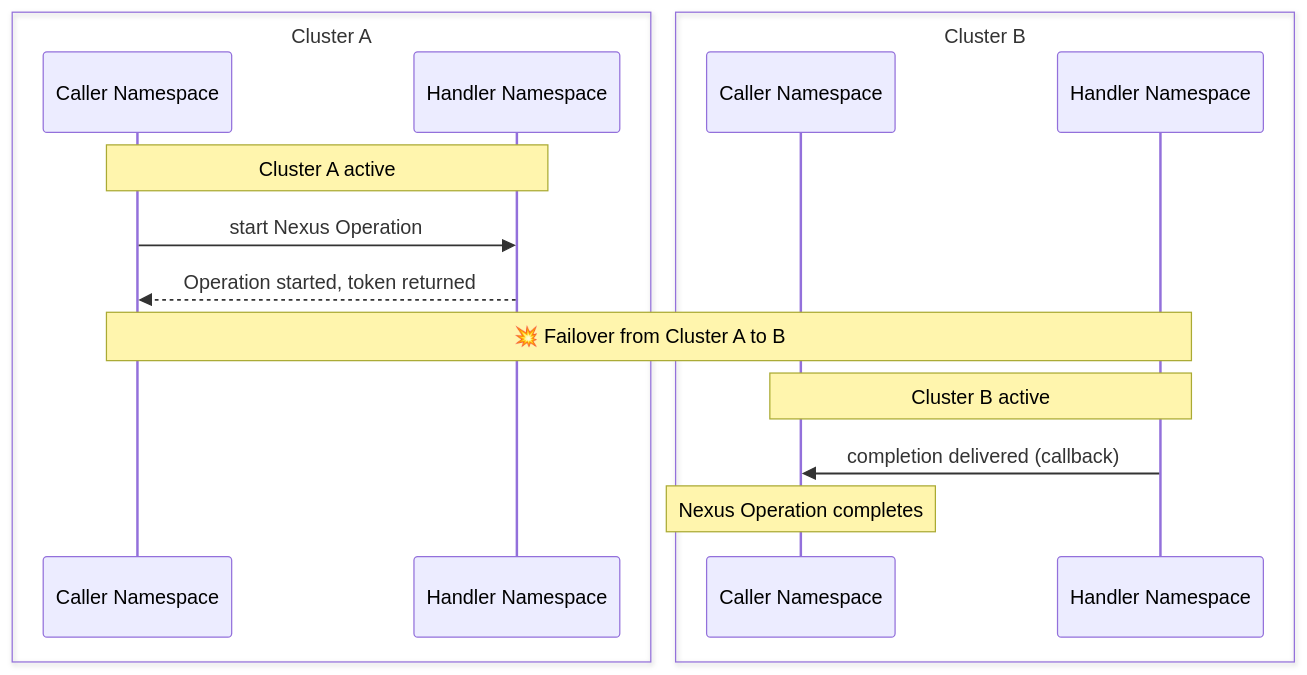
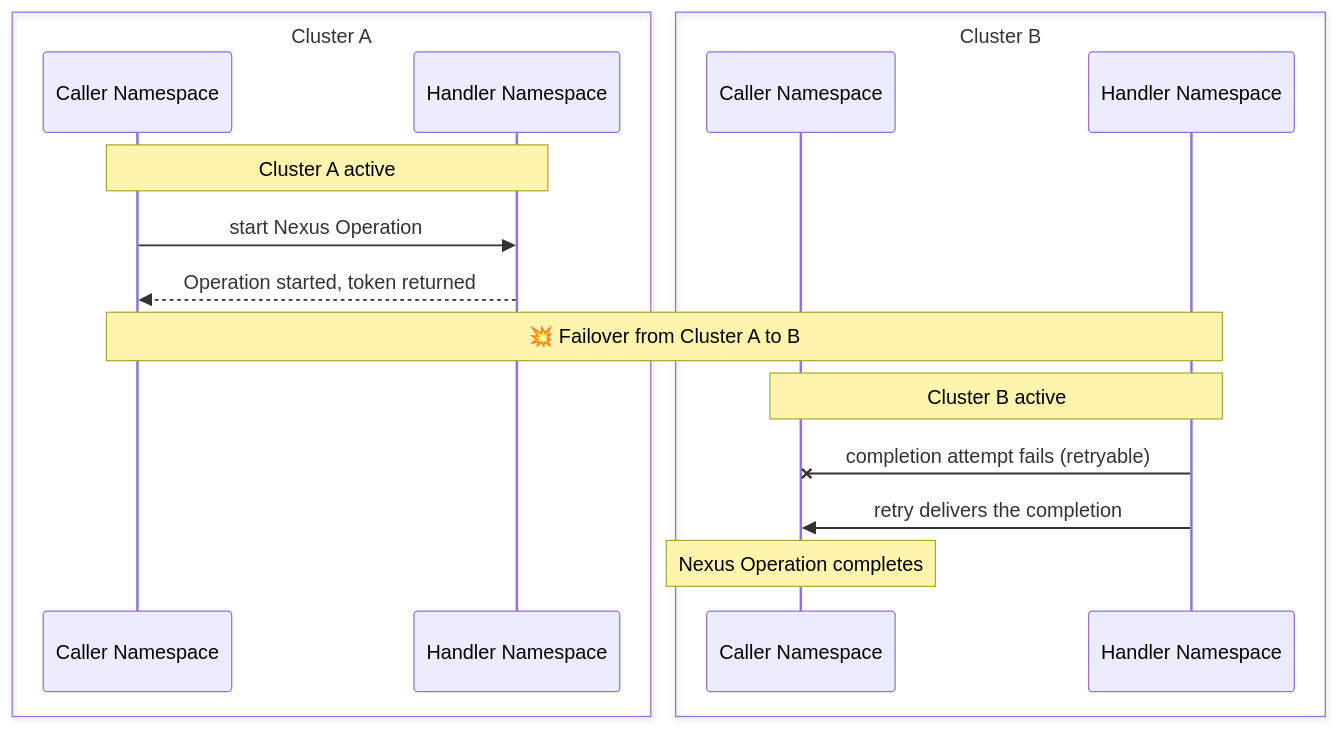
One commit to temporalio/documentation changed the diagram in docs/production-deployment/self-hosted-guide/temporal-nexus.mdx. Above: the diagram before and after it, drawn with Mermaid.

Commit message:
Show a failed callback attempt and retry in the diagram

````diff
--- a/docs/production-deployment/self-hosted-guide/temporal-nexus.mdx
+++ b/docs/production-deployment/self-hosted-guide/temporal-nexus.mdx
@@ -141,18 +141,19 @@
 ```mermaid
 sequenceDiagram
     box Cluster A
     participant caA as Caller Namespace
     participant haA as Handler Namespace
     end
     box Cluster B
     participant caB as Caller Namespace
     participant haB as Handler Namespace
     end
     Note over caA,haA: Cluster A active
     caA->>haA: start Nexus Operation
     haA-->>caA: Operation started, token returned
     Note over caA,haB: 💥 Failover from Cluster A to B
     Note over caB,haB: Cluster B active
-    haB->>caB: completion delivered (callback)
+    haB-xcaB: completion attempt fails (retryable)
+    haB->>caB: retry delivers the completion
     Note over caB: Nexus Operation completes
 ```
````
